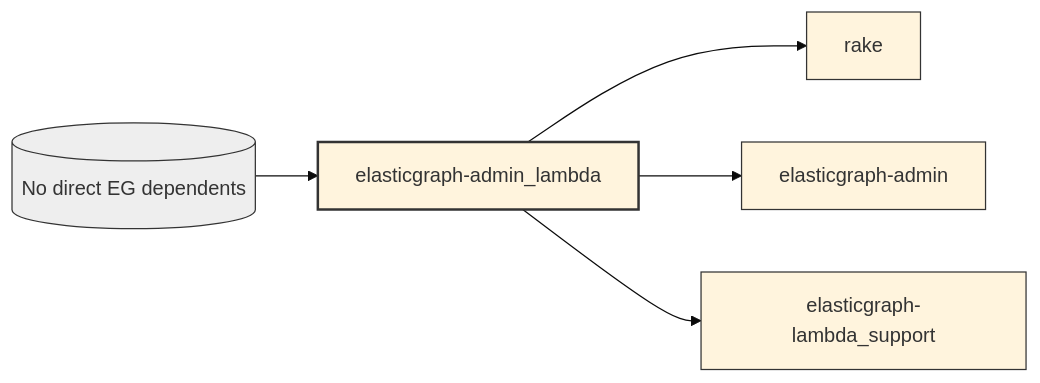
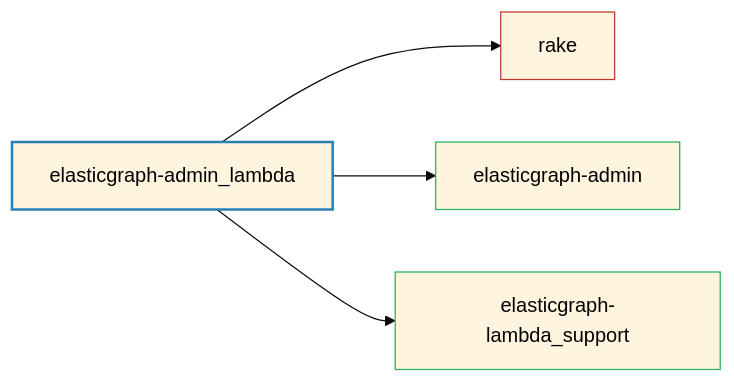
The diagram in elasticgraph-admin_lambda/README.md (block/elasticgraph), drawn with Mermaid (base theme) before and after one commit. The commit also changed 21 other files, not shown here.

````diff
--- a/elasticgraph-admin_lambda/README.md
+++ b/elasticgraph-admin_lambda/README.md
@@ -7,16 +7,14 @@
 ```mermaid
 graph LR;
+    elasticgraph-admin_lambda["elasticgraph-admin_lambda"];
+    rake["rake"];
     elasticgraph-admin_lambda --> rake;
+    elasticgraph-admin["elasticgraph-admin"];
     elasticgraph-admin_lambda --> elasticgraph-admin;
+    elasticgraph-lambda_support["elasticgraph-lambda_support"];
     elasticgraph-admin_lambda --> elasticgraph-lambda_support;
-    no_eg_dependents[(No direct EG dependents)] --> elasticgraph-admin_lambda;
-    classDef currentGemStyle fill:#lightblue,stroke:#333,stroke-width:2px;
-    classDef internalEgGemStyle fill:#lightgreen,stroke:#333,stroke-width:1px;
-    classDef externalGemStyle fill:#lightcoral,stroke:#333,stroke-width:1px;
-    classDef placeholderNodeStyle fill:#eee,stroke:#333,stroke-width:1px;
-    class elasticgraph-admin_lambda currentGemStyle;
-    class rake externalGemStyle;
-    class elasticgraph-admin internalEgGemStyle;
-    class elasticgraph-lambda_support internalEgGemStyle;
-    class no_eg_dependents placeholderNodeStyle;
+    style elasticgraph-admin_lambda fill:#lightblue,stroke:#2980b9,stroke-width:2px,color:#000;
+    style rake fill:#lightcoral,stroke:#c0392b,stroke-width:1px,color:#000;
+    style elasticgraph-admin fill:#lightgreen,stroke:#27ae60,stroke-width:1px,color:#000;
+    style elasticgraph-lambda_support fill:#lightgreen,stroke:#27ae60,stroke-width:1px,color:#000;
 ```
````
